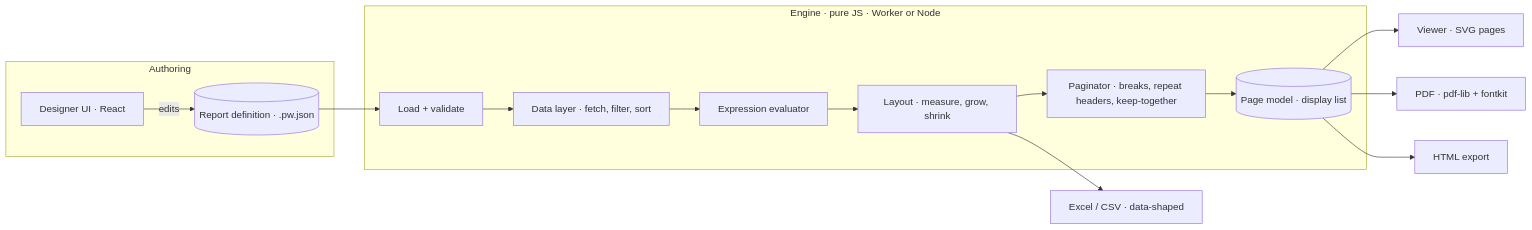
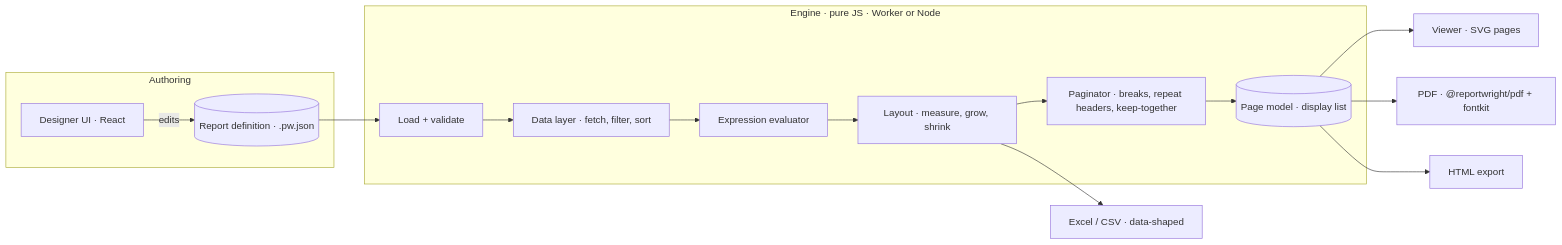
Before and after one commit to MrArun005/reportwright: the diagram in docs/ARCHITECTURE.md, drawn with Mermaid. The commit also changed other lines of this file and 13 other files, not shown here.

First line of the commit message:
fix(packages): types without pdf-lib, Node 20.16+, "use client" only in the React entry

````diff
--- a/docs/ARCHITECTURE.md
+++ b/docs/ARCHITECTURE.md
@@ -46,18 +46,18 @@
 ```mermaid
 flowchart LR
   subgraph Authoring
     D[Designer UI · React] -->|edits| R[(Report definition · .pw.json)]
   end
   R --> E
   subgraph Engine["Engine · pure JS · Worker or Node"]
     E[Load + validate] --> DS[Data layer · fetch, filter, sort]
     DS --> X[Expression evaluator]
     X --> L[Layout · measure, grow, shrink]
     L --> P[Paginator · breaks, repeat headers, keep-together]
     P --> PM[(Page model · display list)]
   end
   PM --> V[Viewer · SVG pages]
-  PM --> PDF[PDF · pdf-lib + fontkit]
+  PM --> PDF[PDF · @reportwright/pdf + fontkit]
   PM --> HTML[HTML export]
   L --> XL[Excel / CSV · data-shaped]
 ```
````
